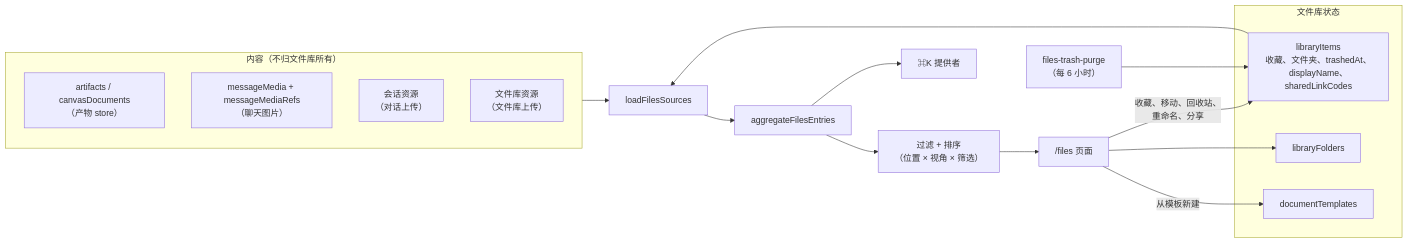
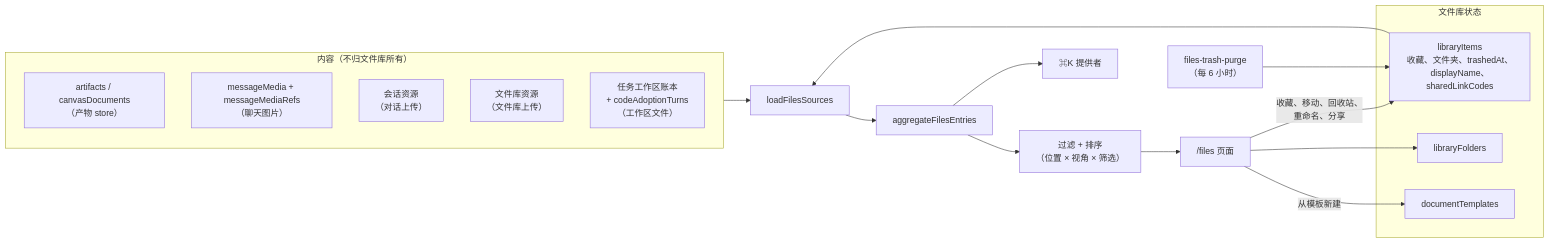
One commit to MaxQian888/cognia-next changed the diagram in docs/content/docs/zh/subsystems/files/index.mdx. Above: the diagram before and after it, drawn with Mermaid. The commit also changed other lines of this file and 96 other files, not shown here.

````diff
--- a/docs/content/docs/zh/subsystems/files/index.mdx
+++ b/docs/content/docs/zh/subsystems/files/index.mdx
@@ -22,24 +22,25 @@
 ```mermaid
 flowchart LR
   subgraph Sources["内容（不归文件库所有）"]
     A["artifacts / canvasDocuments<br/>（产物 store）"]
     M["messageMedia + messageMediaRefs<br/>（聊天图片）"]
     S["会话资源<br/>（对话上传）"]
     L["文件库资源<br/>（文件库上传）"]
+    W["任务工作区账本<br/>+ codeAdoptionTurns<br/>（工作区文件）"]
   end
   subgraph Files["文件库状态"]
     LI["libraryItems<br/>收藏、文件夹、trashedAt、<br/>displayName、sharedLinkCodes"]
     LF["libraryFolders"]
     DT["documentTemplates"]
   end
   Sources --> LD["loadFilesSources"]
   LI --> LD
   LD --> AG["aggregateFilesEntries"]
   AG --> FV["过滤 + 排序<br/>（位置 × 视角 × 筛选）"]
   FV --> UI["/files 页面"]
   AG --> K["⌘K 提供者"]
   UI -- "收藏、移动、回收站、<br/>重命名、分享" --> LI
   UI --> LF
   UI -- "从模板新建" --> DT
   P["files-trash-purge<br/>（每 6 小时）"] --> LI
 ```
````
